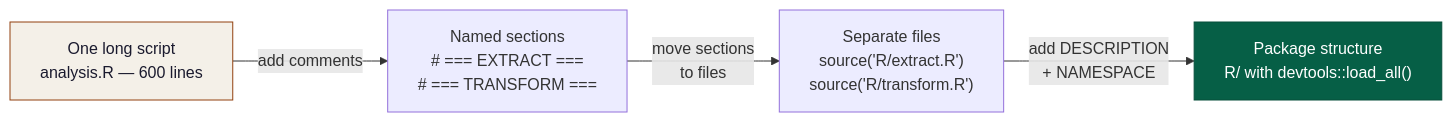
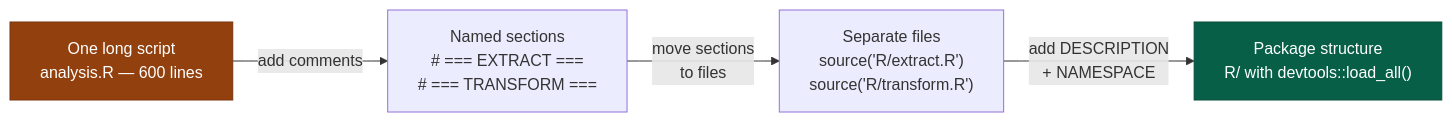
One commit to Ch3w3y/docker_gcp changed the third of 4 diagrams in docs/code-organisation.md. Above: the diagram before and after it, drawn with Mermaid. The commit also changed other lines of this file and 6 other files, not shown here.

````diff
--- a/docs/code-organisation.md
+++ b/docs/code-organisation.md
@@ -426,13 +426,13 @@
 ```mermaid
 flowchart LR
     A["One long script<br>analysis.R — 600 lines"]
     B["Named sections<br># === EXTRACT ===<br># === TRANSFORM ==="]
     C["Separate files<br>source('R/extract.R')<br>source('R/transform.R')"]
     D["Package structure<br>R/ with devtools::load_all()"]
 
     A -->|"add comments"| B
     B -->|"move sections<br/>to files"| C
     C -->|"add DESCRIPTION<br/>+ NAMESPACE"| D
-    style A fill:#f4f0e8,stroke:#92400e,color:#1a1a2e
+    style A fill:#92400e,stroke:#78350f,color:#ffffff
     style D fill:#065f46,stroke:#064e3b,color:#ffffff
 ```
````
